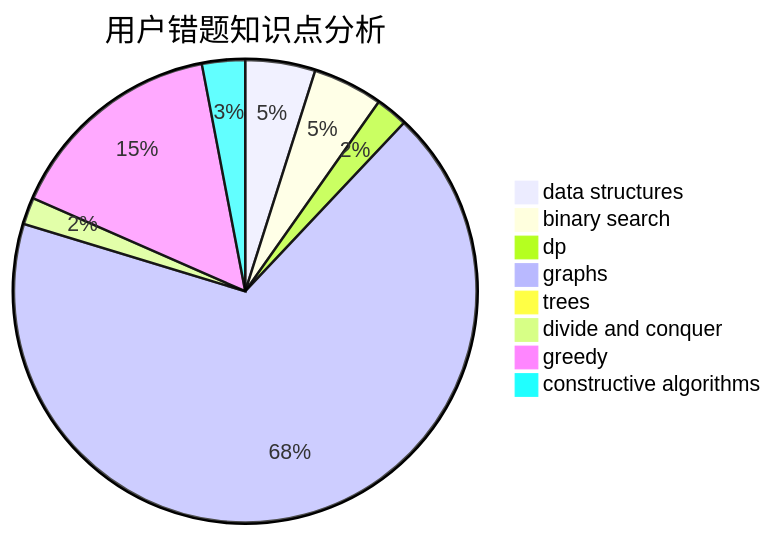
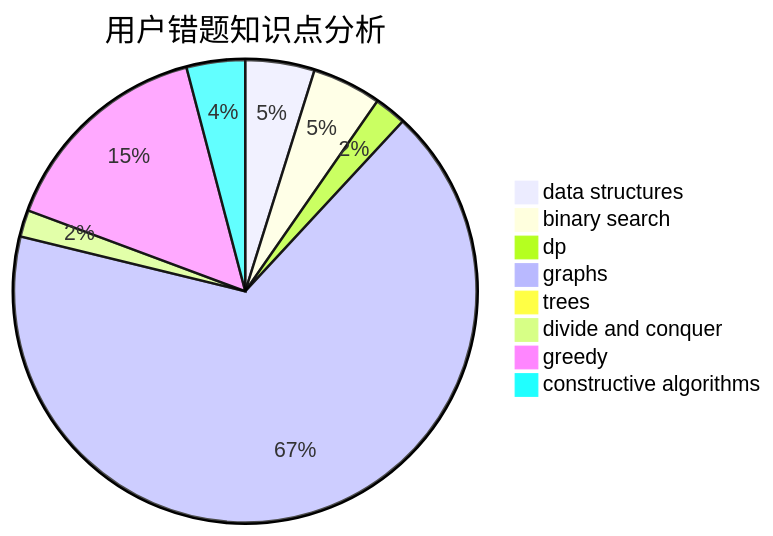
The third of 3 diagrams in docs/user/u1339.md (sherpahu/cfrs.github.io), drawn with Mermaid before and after one commit. The commit also changed other lines of this file and 2770 other files, not shown here.

````diff
--- a/docs/user/u1339.md
+++ b/docs/user/u1339.md
@@ -36,11 +36,11 @@
 ```mermaid
 pie title 用户错题知识点分析
     "data structures" :  13
     "binary search" :  13
     "dp" :  6
     "graphs" :  180
     "trees" :  0
     "divide and conquer" :  5
     "greedy" :  41
-    "constructive algorithms" :  8
+    "constructive algorithms" :  11
 ```
````
